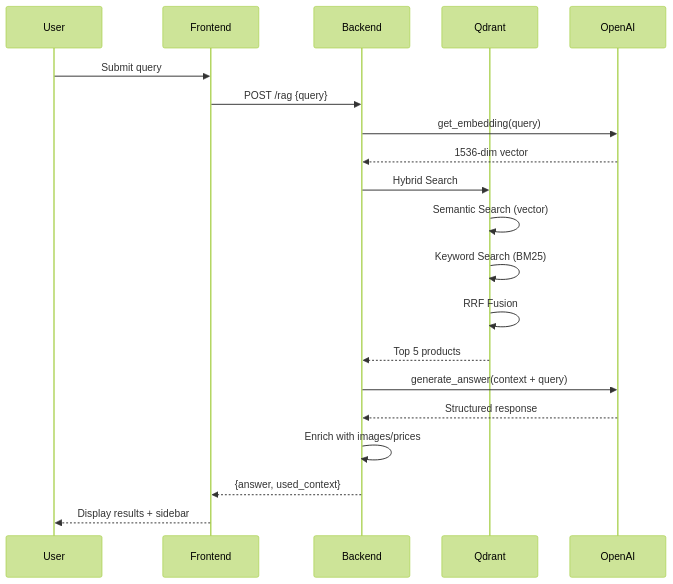
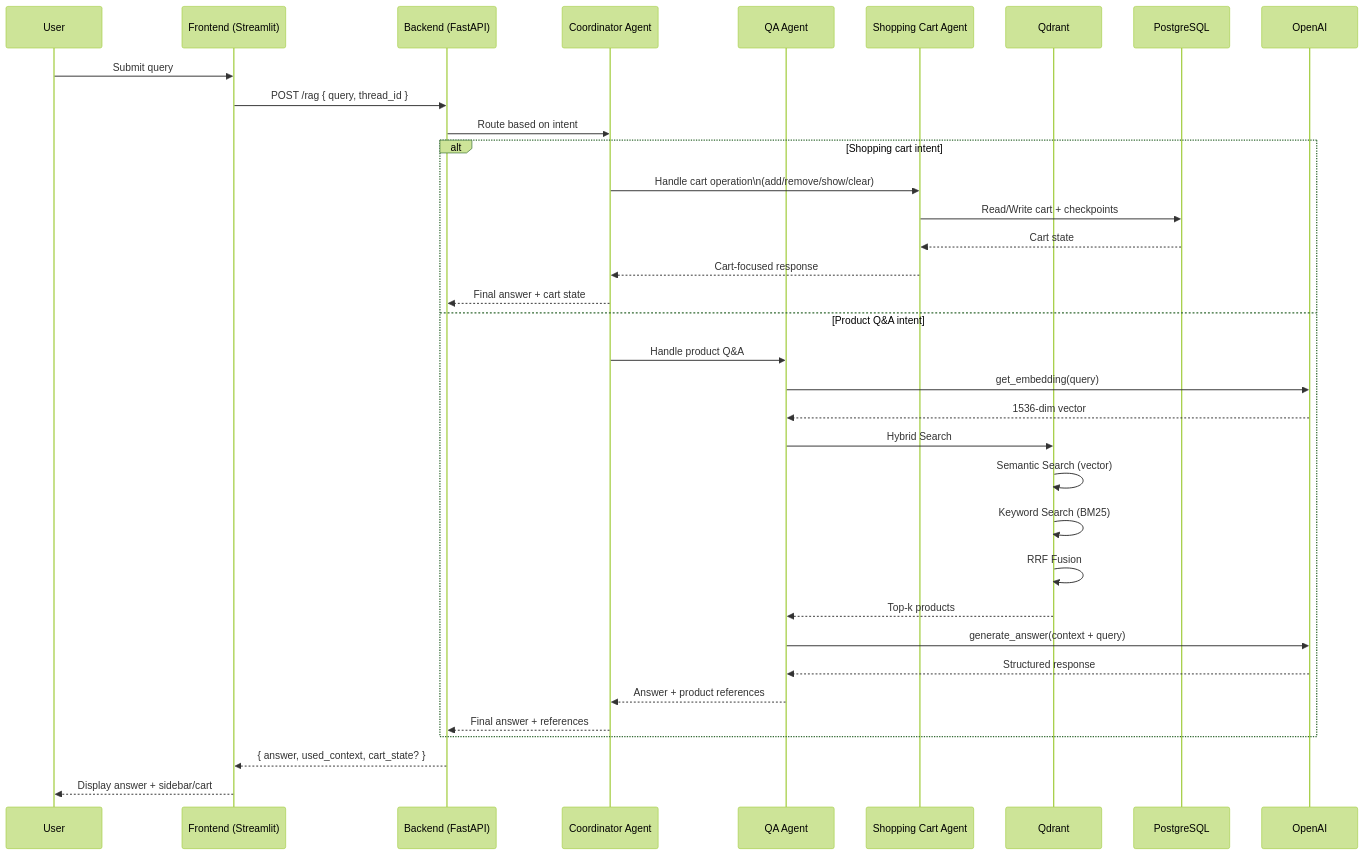
Before and after one commit to pr-bansod/AI-Powered-Amazon-Product-Assistant: the diagram in README.md, drawn with Mermaid (forest theme). The commit also changed other lines of this file, not shown here.

````diff
--- a/README.md
+++ b/README.md
@@ -318,23 +336,41 @@
 ```mermaid
 sequenceDiagram
     participant User
-    participant Frontend
-    participant Backend
+    participant Frontend as Frontend (Streamlit)
+    participant Backend as Backend (FastAPI)
+    participant Coord as Coordinator Agent
+    participant QA as QA Agent
+    participant Cart as Shopping Cart Agent
     participant Qdrant
+    participant PG as PostgreSQL
     participant OpenAI
-    
+
     User->>Frontend: Submit query
-    Frontend->>Backend: POST /rag {query}
-    Backend->>OpenAI: get_embedding(query)
-    OpenAI-->>Backend: 1536-dim vector
-    Backend->>Qdrant: Hybrid Search
-    Qdrant->>Qdrant: Semantic Search (vector)
-    Qdrant->>Qdrant: Keyword Search (BM25)
-    Qdrant->>Qdrant: RRF Fusion
-    Qdrant-->>Backend: Top 5 products
-    Backend->>OpenAI: generate_answer(context + query)
-    OpenAI-->>Backend: Structured response
-    Backend->>Backend: Enrich with images/prices
-    Backend-->>Frontend: {answer, used_context}
-    Frontend-->>User: Display results + sidebar
+    Frontend->>Backend: POST /rag { query, thread_id }
+
+    Backend->>Coord: Route based on intent
+
+    alt Shopping cart intent
+        Coord->>Cart: Handle cart operation\n(add/remove/show/clear)
+        Cart->>PG: Read/Write cart + checkpoints
+        PG-->>Cart: Cart state
+        Cart-->>Coord: Cart-focused response
+        Coord-->>Backend: Final answer + cart state
+    else Product Q&A intent
+        Coord->>QA: Handle product Q&A
+        QA->>OpenAI: get_embedding(query)
+        OpenAI-->>QA: 1536-dim vector
+        QA->>Qdrant: Hybrid Search
+        Qdrant->>Qdrant: Semantic Search (vector)
+        Qdrant->>Qdrant: Keyword Search (BM25)
+        Qdrant->>Qdrant: RRF Fusion
+        Qdrant-->>QA: Top-k products
+        QA->>OpenAI: generate_answer(context + query)
+        OpenAI-->>QA: Structured response
+        QA-->>Coord: Answer + product references
+        Coord-->>Backend: Final answer + references
+    end
+
+    Backend-->>Frontend: { answer, used_context, cart_state? }
+    Frontend-->>User: Display answer + sidebar/cart
 ```
````
